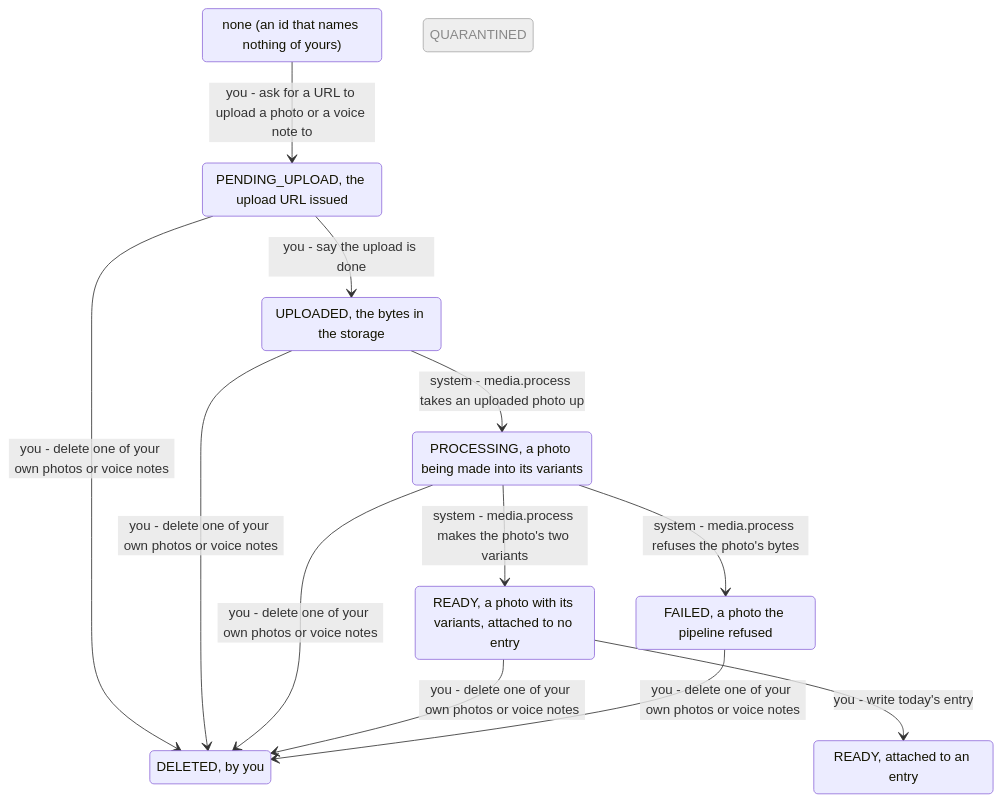
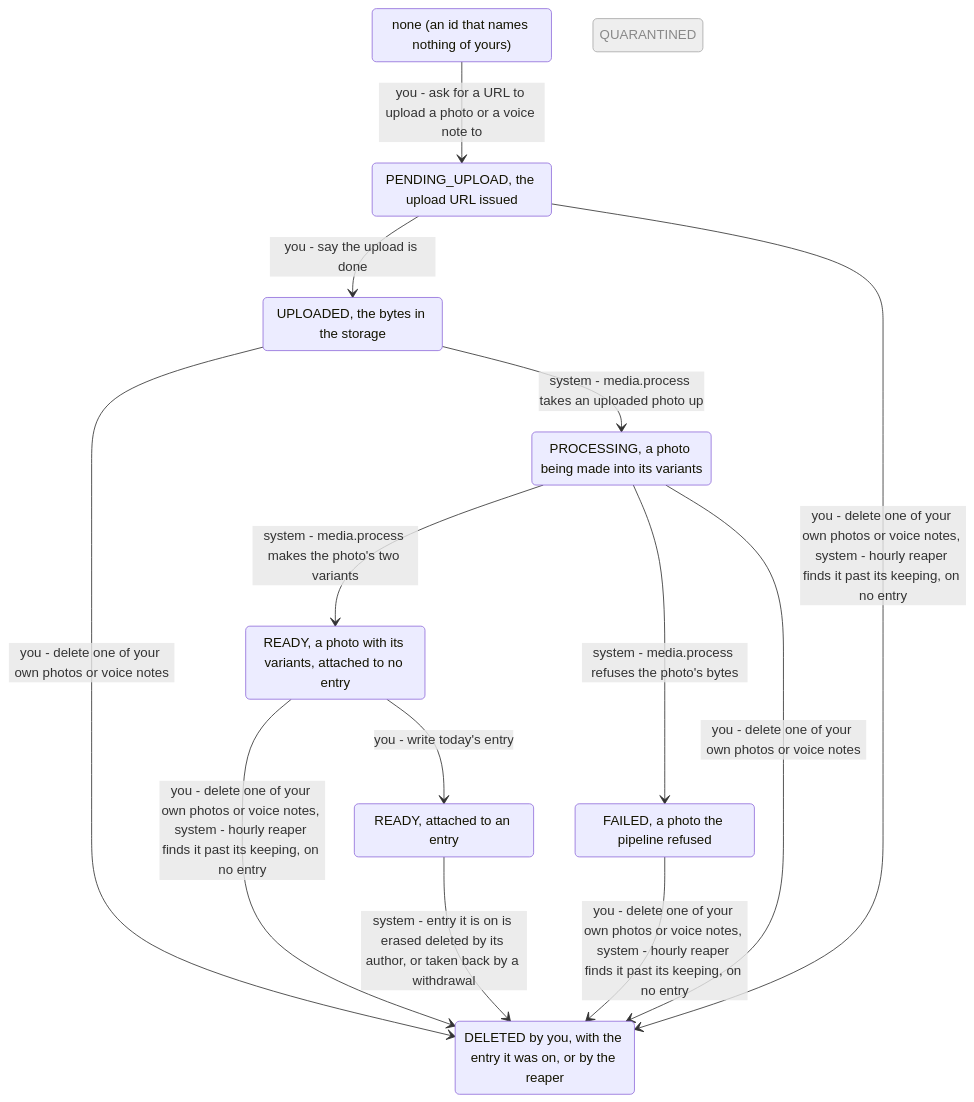
The diagram in docs/state-map/media.md (Ayodeji97/moyi-backend), drawn with Mermaid before and after one commit. The commit also changed other lines of this file and 50 other files, not shown here.

First line of the commit message:
feat(media): erasure purges a photo's objects; reaper, demotion, mirror (D5) (#110)

````diff
--- a/docs/state-map/media.md
+++ b/docs/state-map/media.md
@@ -13,25 +13,26 @@
 ```mermaid
 stateDiagram-v2
     state "none (an id that names nothing of yours)" as media__NONE
     state "PENDING_UPLOAD, the upload URL issued" as media__PENDING_UPLOAD
     state "UPLOADED, the bytes in the storage" as media__UPLOADED
     state "PROCESSING, a photo being made into its variants" as media__PROCESSING
     state "READY, a photo with its variants, attached to no entry" as media__READY
     state "READY, attached to an entry" as media__READY_ATTACHED
     state "QUARANTINED" as media__QUARANTINED
     state "FAILED, a photo the pipeline refused" as media__FAILED
-    state "DELETED, by you" as media__DELETED
+    state "DELETED by you, with the entry it was on, or by the reaper" as media__DELETED
     media__NONE --> media__PENDING_UPLOAD: you - ask for a URL to upload a photo or a voice note to
     media__PENDING_UPLOAD --> media__UPLOADED: you - say the upload is done
-    media__PENDING_UPLOAD --> media__DELETED: you - delete one of your own photos or voice notes
+    media__PENDING_UPLOAD --> media__DELETED: you - delete one of your own photos or voice notes, system - hourly reaper finds it past its keeping, on no entry
     media__UPLOADED --> media__DELETED: you - delete one of your own photos or voice notes
     media__UPLOADED --> media__PROCESSING: system - media.process takes an uploaded photo up
     media__PROCESSING --> media__READY: system - media.process makes the photo's two variants
     media__PROCESSING --> media__FAILED: system - media.process refuses the photo's bytes
     media__PROCESSING --> media__DELETED: you - delete one of your own photos or voice notes
-    media__READY --> media__DELETED: you - delete one of your own photos or voice notes
-    media__FAILED --> media__DELETED: you - delete one of your own photos or voice notes
+    media__READY --> media__DELETED: you - delete one of your own photos or voice notes, system - hourly reaper finds it past its keeping, on no entry
+    media__FAILED --> media__DELETED: you - delete one of your own photos or voice notes, system - hourly reaper finds it past its keeping, on no entry
     media__READY --> media__READY_ATTACHED: you - write today's entry
+    media__READY_ATTACHED --> media__DELETED: system - entry it is on is erased deleted by its author, or taken back by a withdrawal
     classDef unbuilt fill:#eeeeee,stroke:#aaaaaa,color:#888888
     class media__QUARANTINED unbuilt
 ```
````
